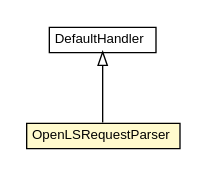
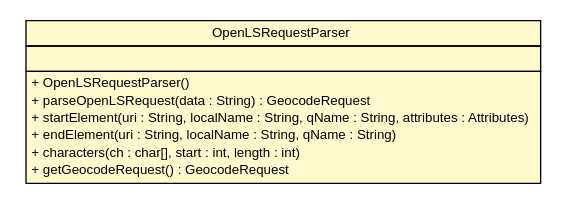
Before and after one commit to geozet/openls-databinding: the diagram in apidocs/nl/geozet/openls/parser/OpenLSRequestParser.dot, drawn with Graphviz. The commit also changed 177 other files, not shown here.

```diff
--- a/apidocs/nl/geozet/openls/parser/OpenLSRequestParser.dot
+++ b/apidocs/nl/geozet/openls/parser/OpenLSRequestParser.dot
@@ -1,26 +1,29 @@
 #!/usr/local/bin/dot
 #
 # Class diagram 
 # Generated by UMLGraph version R5_6-24-gf6e263 (http://www.umlgraph.org/)
 #
 
 digraph G {
 	edge [fontname="arial",fontsize=10,labelfontname="arial",labelfontsize=10];
 	node [fontname="arial",fontsize=10,shape=plaintext];
 	nodesep=0.25;
 	ranksep=0.5;
 	// nl.geozet.openls.parser.OpenLSRequestParser
-	c238 [label=<<table title="nl.geozet.openls.parser.OpenLSRequestParser" border="0" cellborder="1" cellspacing="0" cellpadding="2" port="p" bgcolor="lemonChiffon" href="./OpenLSRequestParser.html">
+	c245 [label=<<table title="nl.geozet.openls.parser.OpenLSRequestParser" border="0" cellborder="1" cellspacing="0" cellpadding="2" port="p" bgcolor="lemonChiffon" href="./OpenLSRequestParser.html">
 		<tr><td><table border="0" cellspacing="0" cellpadding="1">
 <tr><td align="center" balign="center"> OpenLSRequestParser </td></tr>
 		</table></td></tr>
+		<tr><td><table border="0" cellspacing="0" cellpadding="1">
+<tr><td align="left" balign="left">  </td></tr>
+		</table></td></tr>
+		<tr><td><table border="0" cellspacing="0" cellpadding="1">
+<tr><td align="left" balign="left"> + OpenLSRequestParser() </td></tr>
+<tr><td align="left" balign="left"> + parseOpenLSRequest(data : String) : GeocodeRequest </td></tr>
+<tr><td align="left" balign="left"> + startElement(uri : String, localName : String, qName : String, attributes : Attributes) </td></tr>
+<tr><td align="left" balign="left"> + endElement(uri : String, localName : String, qName : String) </td></tr>
+<tr><td align="left" balign="left"> + characters(ch : char[], start : int, length : int) </td></tr>
+<tr><td align="left" balign="left"> + getGeocodeRequest() : GeocodeRequest </td></tr>
+		</table></td></tr>
 		</table>>, URL="./OpenLSRequestParser.html", fontname="arial", fontcolor="black", fontsize=10.0];
-	//nl.geozet.openls.parser.OpenLSRequestParser extends org.xml.sax.helpers.DefaultHandler
-	c243:p -> c238:p [dir=back,arrowtail=empty];
-	// org.xml.sax.helpers.DefaultHandler
-	c243 [label=<<table title="org.xml.sax.helpers.DefaultHandler" border="0" cellborder="1" cellspacing="0" cellpadding="2" port="p" href="http://download.oracle.com/javase/7/docs/api/org/xml/sax/helpers/DefaultHandler.html">
-		<tr><td><table border="0" cellspacing="0" cellpadding="1">
-<tr><td align="center" balign="center"> DefaultHandler </td></tr>
-		</table></td></tr>
-		</table>>, URL="http://download.oracle.com/javase/7/docs/api/org/xml/sax/helpers/DefaultHandler.html", fontname="arial", fontcolor="black", fontsize=10.0];
 }
```
